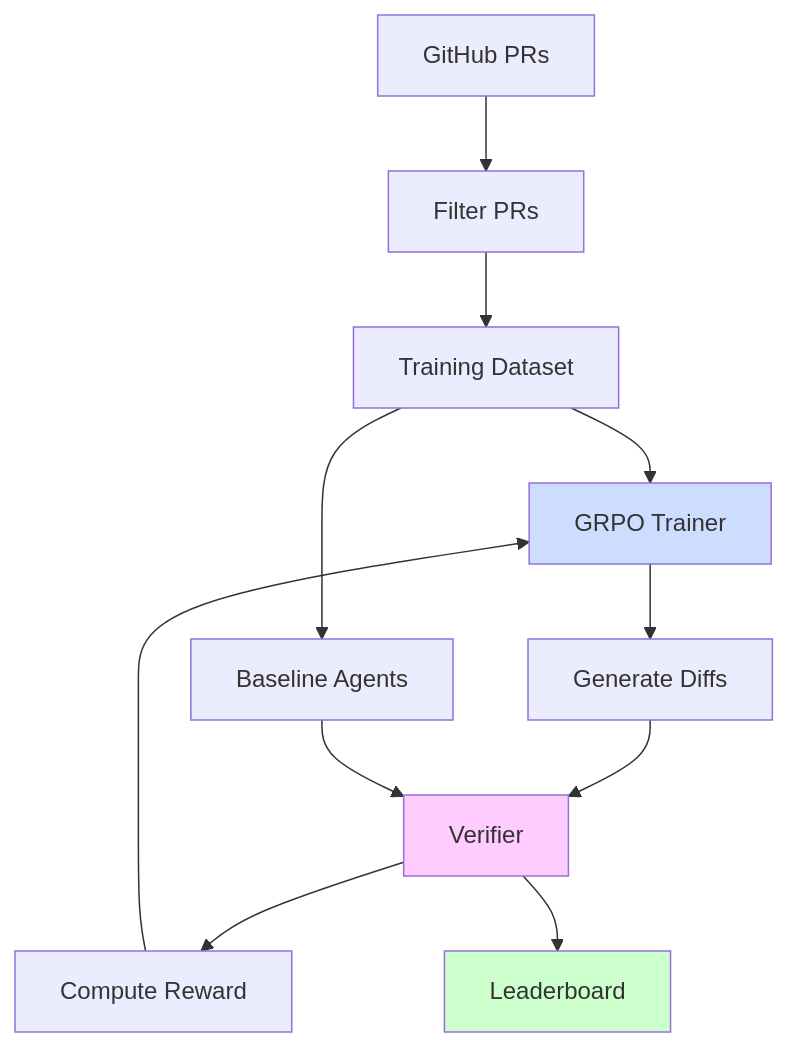
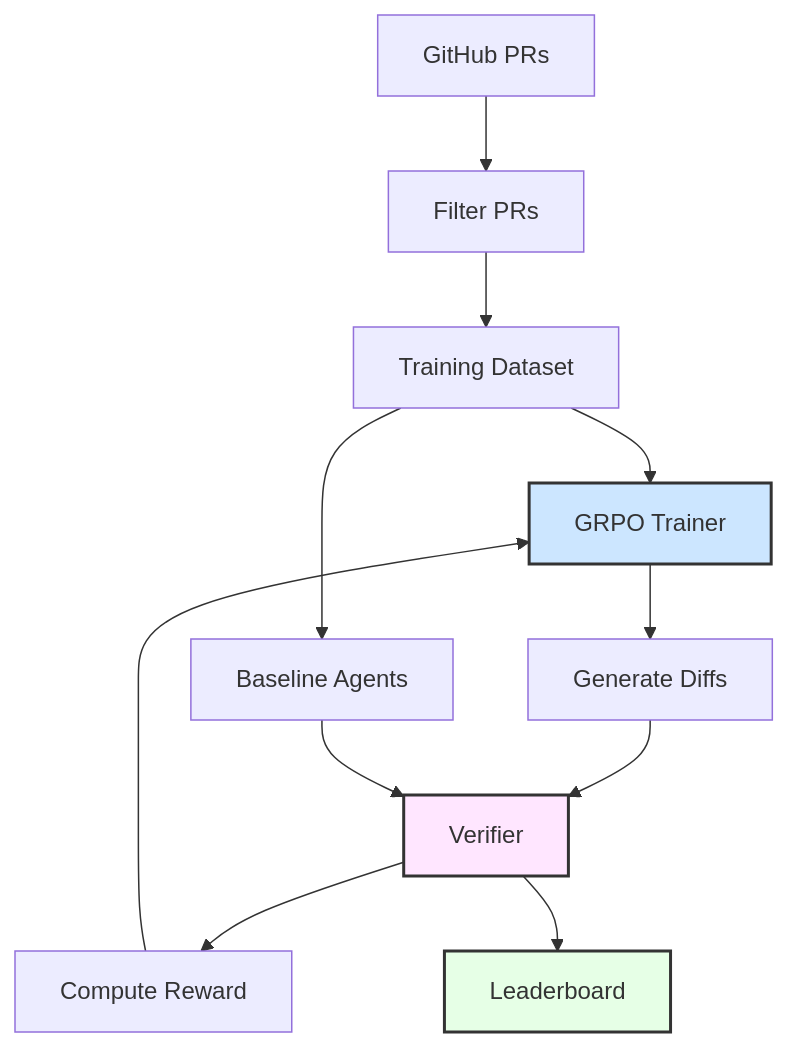
Before and after one commit to aniltolwani/clobber: the diagram in README.md, drawn with Mermaid.

Commit message:
improve colors

````diff
--- a/README.md
+++ b/README.md
@@ -52,19 +52,19 @@
 ```mermaid
 flowchart TB
     A[GitHub PRs] --> B[Filter PRs]
     B --> C[Training Dataset]
 
     C --> D[GRPO Trainer]
     D --> E[Generate Diffs]
     E --> F[Verifier]
     F --> G[Compute Reward]
     G --> D
 
     C --> H[Baseline Agents]
     H --> F
     F --> I[Leaderboard]
 
-    style F fill:#ffccff
-    style D fill:#ccddff
-    style I fill:#ccffcc
+    style F fill:#ffe6ff,stroke:#333,stroke-width:2px
+    style D fill:#cce6ff,stroke:#333,stroke-width:2px
+    style I fill:#e6ffe6,stroke:#333,stroke-width:2px
 ```
````
